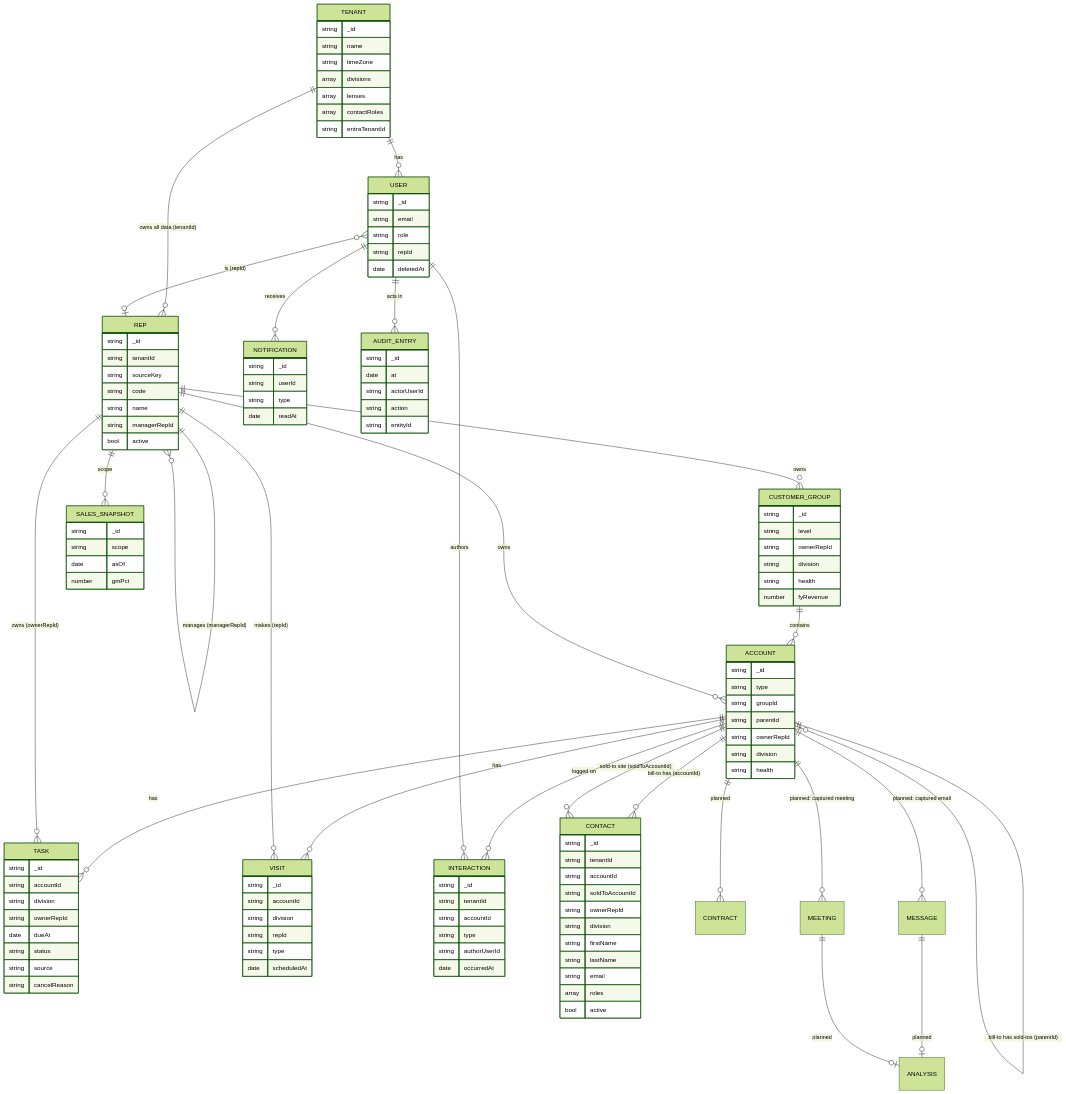
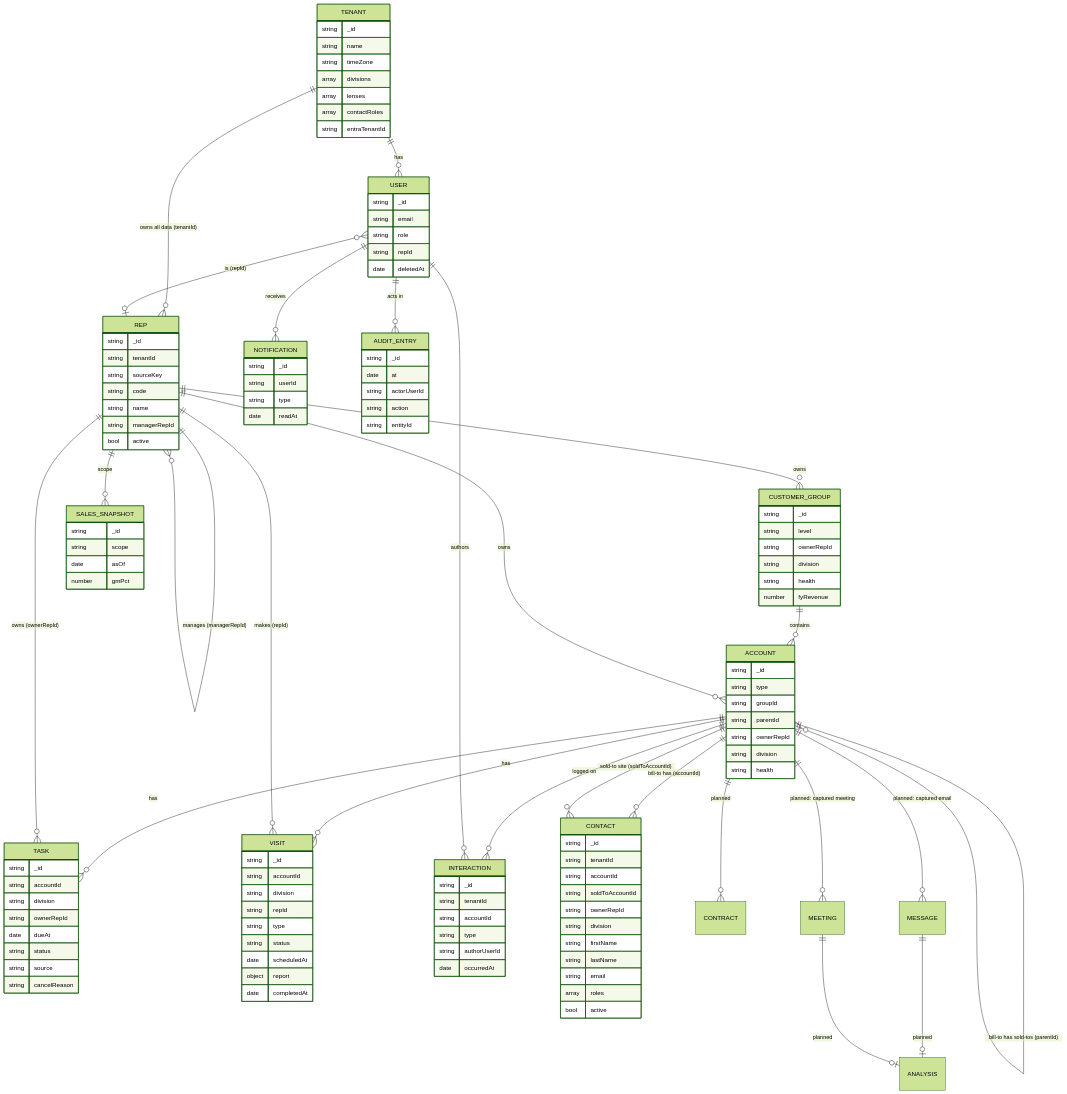
One commit to sonishivam1/ambient-crm changed the diagram in docs/architecture/data-model.md. Above: the diagram before and after it, drawn with Mermaid (forest theme). The commit also changed other lines of this file and 26 other files, not shown here.

```diff
--- a/docs/architecture/data-model.md
+++ b/docs/architecture/data-model.md
@@ -106,7 +106,10 @@
     string division
     string repId
     string type
+    string status
     date scheduledAt
+    object report
+    date completedAt
   }
   INTERACTION {
     string _id
```
